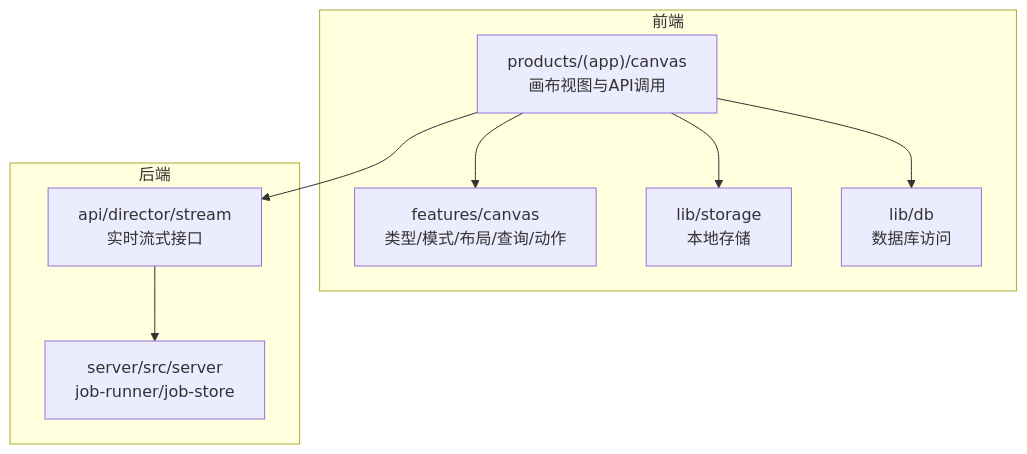
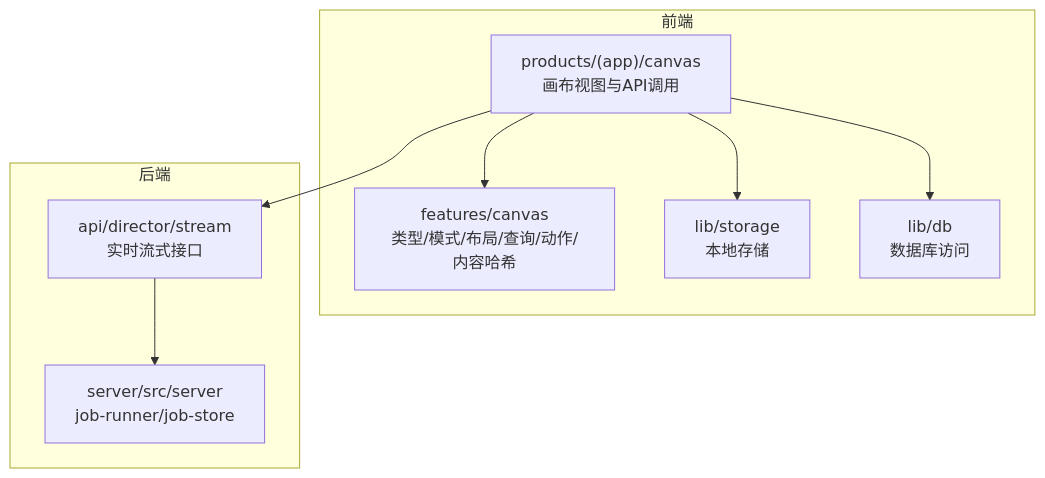
One commit to scottcwy/PurpleInk changed the first of 4 diagrams in .qoder/repowiki/zh/content/画布编辑器/画布状态管理.md. Above: the diagram before and after it, drawn with Mermaid. The commit also changed other lines of this file and 109 other files, not shown here.

````diff
--- a/.qoder/repowiki/zh/content/画布编辑器/画布状态管理.md
+++ b/.qoder/repowiki/zh/content/画布编辑器/画布状态管理.md
@@ -44,18 +56,18 @@
 ```mermaid
 graph TB
 subgraph "前端"
-A["features/canvas<br/>类型/模式/布局/查询/动作"]
+A["features/canvas<br/>类型/模式/布局/查询/动作/内容哈希"]
 B["products/(app)/canvas<br/>画布视图与API调用"]
 C["lib/storage<br/>本地存储"]
 D["lib/db<br/>数据库访问"]
 end
 subgraph "后端"
 E["api/director/stream<br/>实时流式接口"]
 F["server/src/server<br/>job-runner/job-store"]
 end
 B --> A
 B --> E
 B --> C
 B --> D
 E --> F
 ```
````
